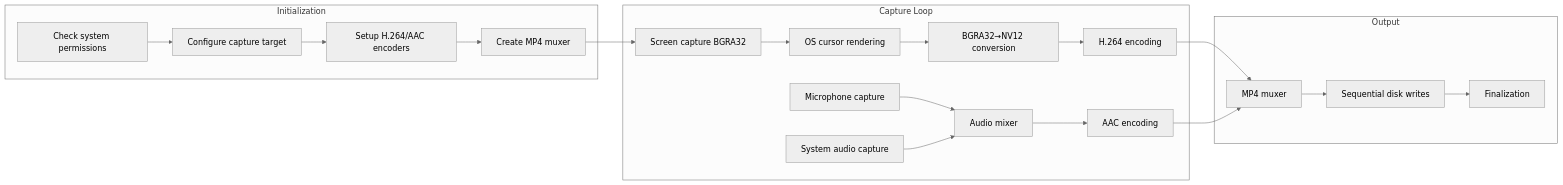
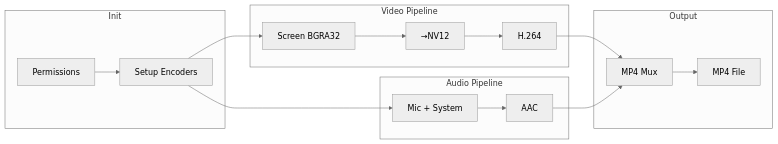
One commit to dwarvesf/research changed the second of 3 diagrams in breakdown/cap.md. Above: the diagram before and after it, drawn with Mermaid (neutral theme). The commit also changed other lines of this file and 2 other files, not shown here.

````diff
--- a/breakdown/cap.md
+++ b/breakdown/cap.md
@@ -100,34 +104,30 @@
 ```mermaid
 flowchart LR
-  subgraph INIT[Initialization]
-    perm[Check system permissions]
-    config[Configure capture target]
-    encoder[Setup H.264/AAC encoders]
-    muxer[Create MP4 muxer]
+  subgraph INIT[Init]
+    perm[Permissions]
+    setup[Setup Encoders]
   end
 
-  subgraph CAPTURE[Capture Loop]
-    screen[Screen capture BGRA32]
-    cursor[OS cursor rendering]
-    convert[BGRA32→NV12 conversion]
-    h264[H.264 encoding]
+  subgraph VIDEO[Video Pipeline]
+    screen[Screen BGRA32]
+    convert[→NV12]
+    h264[H.264]
+  end
 
-    mic[Microphone capture]
-    sys[System audio capture]
-    mix[Audio mixer]
-    aac[AAC encoding]
+  subgraph AUDIO[Audio Pipeline]
+    sources[Mic + System]
+    aac[AAC]
   end
 
   subgraph OUTPUT[Output]
-    mux[MP4 muxer]
-    write[Sequential disk writes]
-    final[Finalization]
+    mux[MP4 Mux]
+    file[MP4 File]
   end
 
-  perm --> config --> encoder --> muxer
-  muxer --> screen
-  screen --> cursor --> convert --> h264 --> mux
-  mic --> mix --> aac --> mux
-  sys --> mix
-  mux --> write --> final
+  perm --> setup
+  setup --> screen
+  setup --> sources
+  screen --> convert --> h264 --> mux
+  sources --> aac --> mux
+  mux --> file
 ```
````
